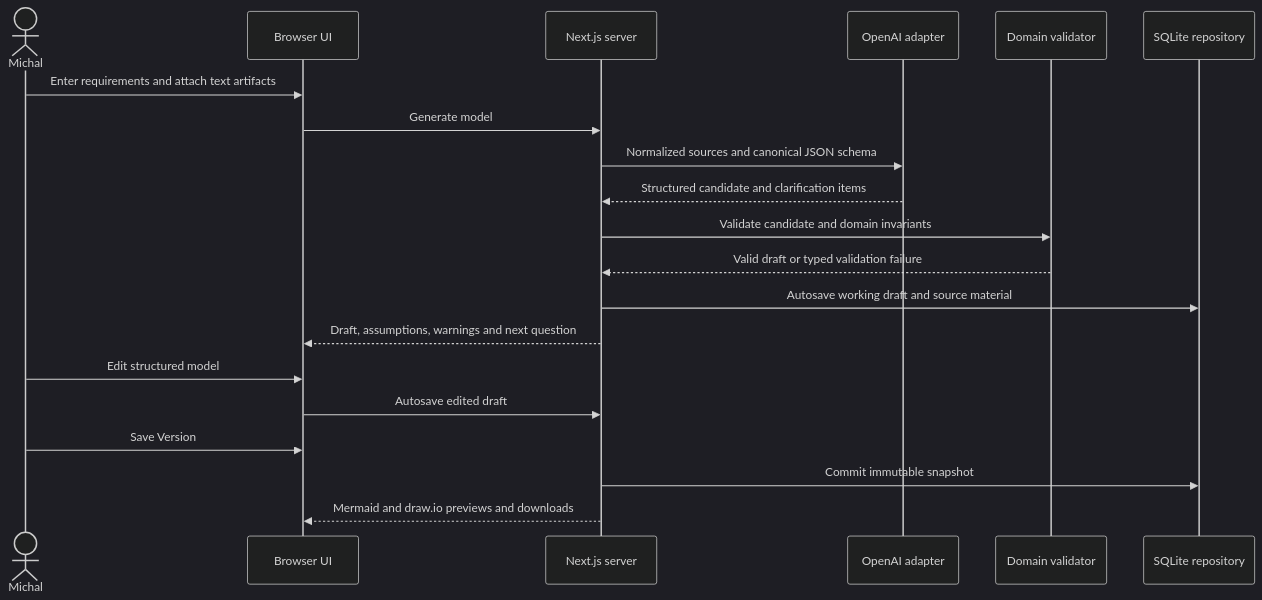
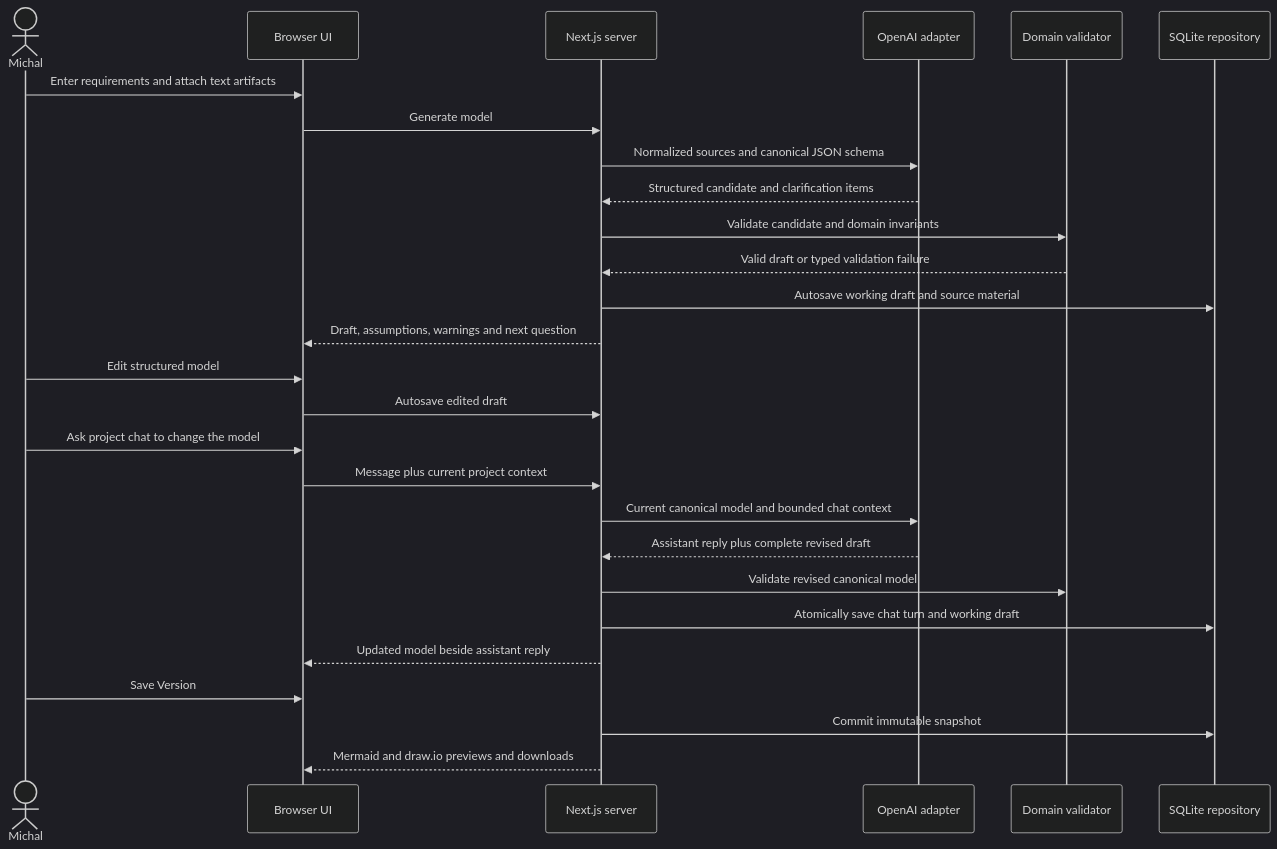
The second of 2 diagrams in docs/features/data-model-agent/design.md (MikeS071/data-model-agent), drawn with Mermaid (dark theme) before and after one commit. The commit also changed other lines of this file, not shown here.

Commit message:
docs: accept model revision chat

````diff
--- a/docs/features/data-model-agent/design.md
+++ b/docs/features/data-model-agent/design.md
@@ -88,22 +96,29 @@
 ```mermaid
 sequenceDiagram
   actor Michal
   participant UI as Browser UI
   participant App as Next.js server
   participant AI as OpenAI adapter
   participant Domain as Domain validator
   participant DB as SQLite repository
   Michal->>UI: Enter requirements and attach text artifacts
   UI->>App: Generate model
   App->>AI: Normalized sources and canonical JSON schema
   AI-->>App: Structured candidate and clarification items
   App->>Domain: Validate candidate and domain invariants
   Domain-->>App: Valid draft or typed validation failure
   App->>DB: Autosave working draft and source material
   App-->>UI: Draft, assumptions, warnings and next question
   Michal->>UI: Edit structured model
   UI->>App: Autosave edited draft
+  Michal->>UI: Ask project chat to change the model
+  UI->>App: Message plus current project context
+  App->>AI: Current canonical model and bounded chat context
+  AI-->>App: Assistant reply plus complete revised draft
+  App->>Domain: Validate revised canonical model
+  App->>DB: Atomically save chat turn and working draft
+  App-->>UI: Updated model beside assistant reply
   Michal->>UI: Save Version
   App->>DB: Commit immutable snapshot
   App-->>UI: Mermaid and draw.io previews and downloads
 ```
````
